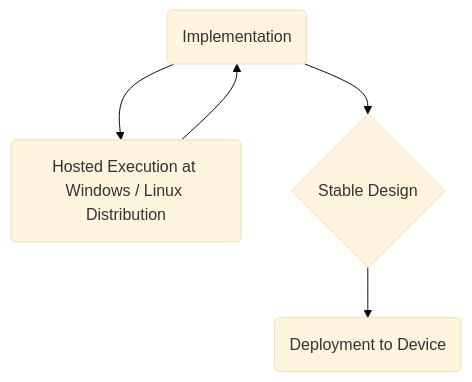
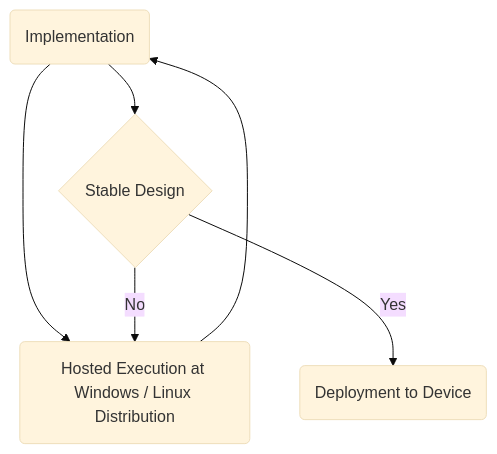
One commit to move-os/moveOS changed the diagram in README.md. Above: the diagram before and after it, drawn with Mermaid (base theme).

````diff
--- a/README.md
+++ b/README.md
@@ -37,7 +37,8 @@
 ```mermaid
 graph TD;
   A(Implementation) --> B(Hosted Execution at Windows / Linux Distribution)
   B --> A
   A --> C{Stable Design}
-  C --> D(Deployment to Device)
+  C --> |Yes|D(Deployment to Device)
+  C --> |No|B
 ```
````
